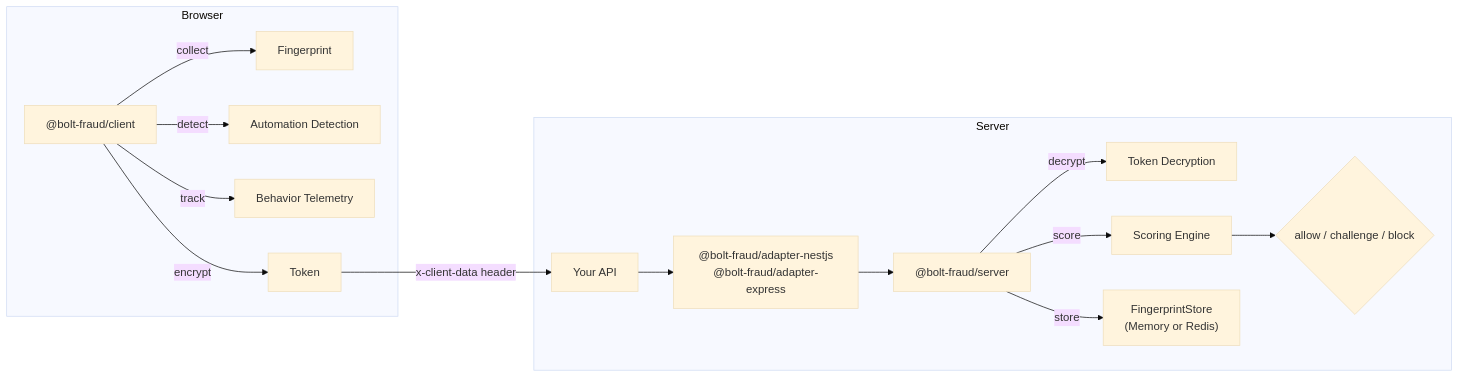
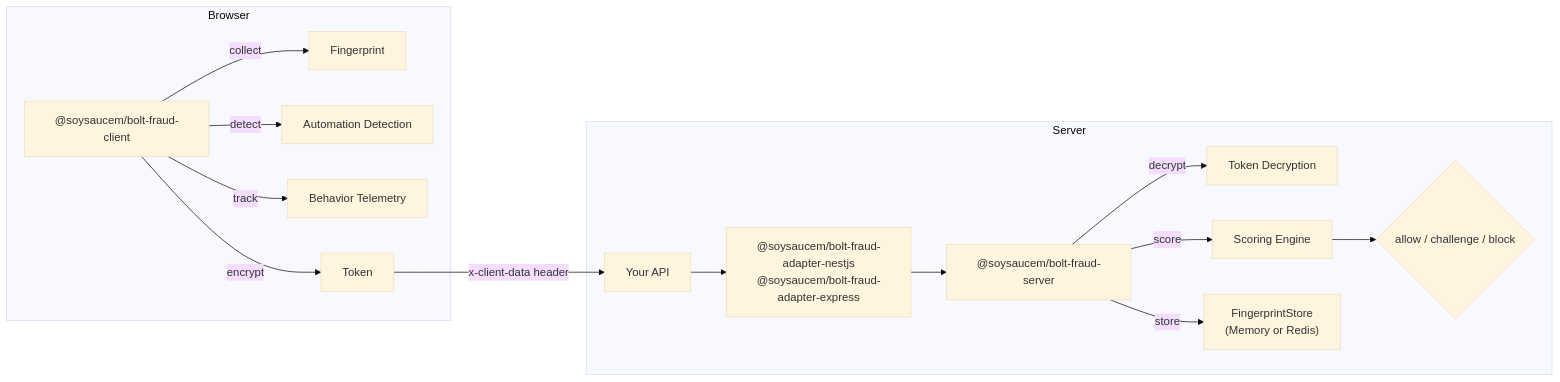
One commit to soysaucem/bolt-fraud changed the diagram in README.md. Above: the diagram before and after it, drawn with Mermaid (base theme). The commit also changed other lines of this file and 23 other files, not shown here.

````diff
--- a/README.md
+++ b/README.md
@@ -7,21 +7,21 @@
 ```mermaid
 graph LR
   subgraph Browser
-    SDK["@bolt-fraud/client"]
+    SDK["@soysaucem/bolt-fraud-client"]
     SDK -->|collect| FP[Fingerprint]
     SDK -->|detect| AD[Automation Detection]
     SDK -->|track| BH[Behavior Telemetry]
     SDK -->|encrypt| TK[Token]
   end
 
   TK -->|x-client-data header| API[Your API]
 
   subgraph Server
-    API --> Adapters["@bolt-fraud/adapter-nestjs<br/>@bolt-fraud/adapter-express"]
-    Adapters --> Core["@bolt-fraud/server"]
+    API --> Adapters["@soysaucem/bolt-fraud-adapter-nestjs<br/>@soysaucem/bolt-fraud-adapter-express"]
+    Adapters --> Core["@soysaucem/bolt-fraud-server"]
     Core -->|decrypt| Dec[Token Decryption]
     Core -->|score| SE[Scoring Engine]
     SE --> Decision{allow / challenge / block}
     Core -->|store| Store["FingerprintStore<br/>(Memory or Redis)"]
   end
 ```
````
